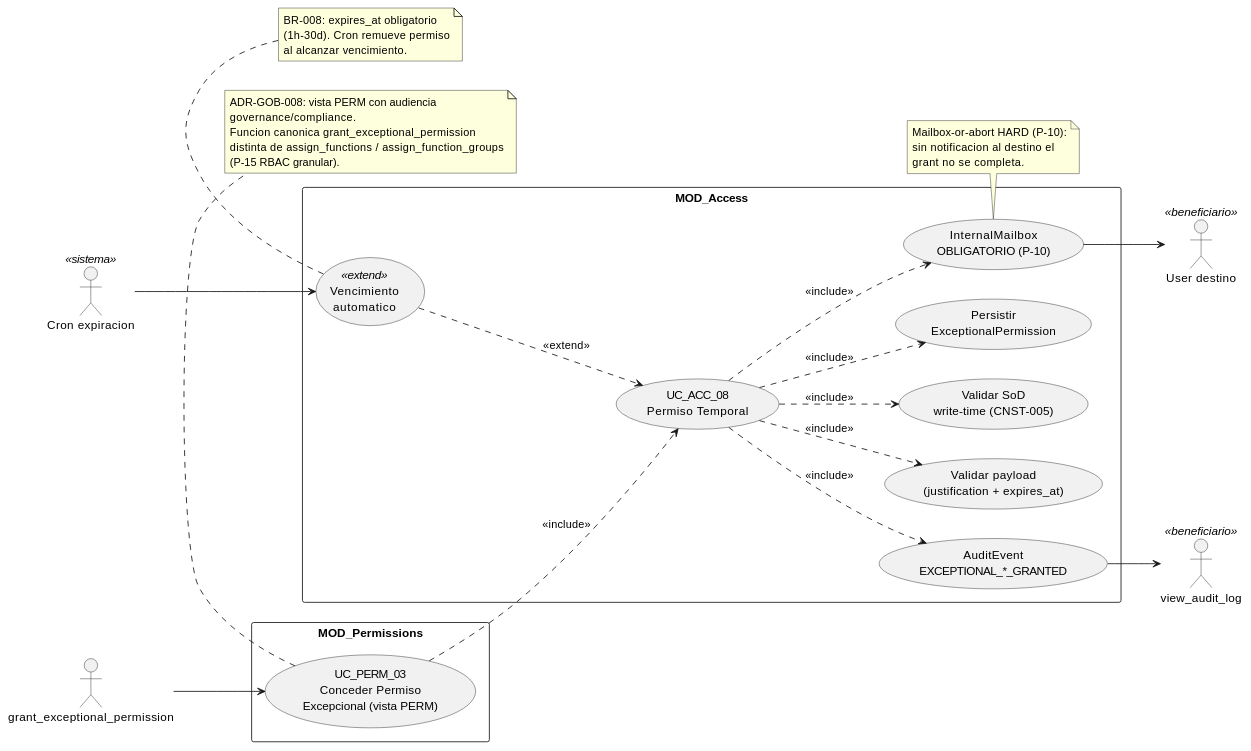
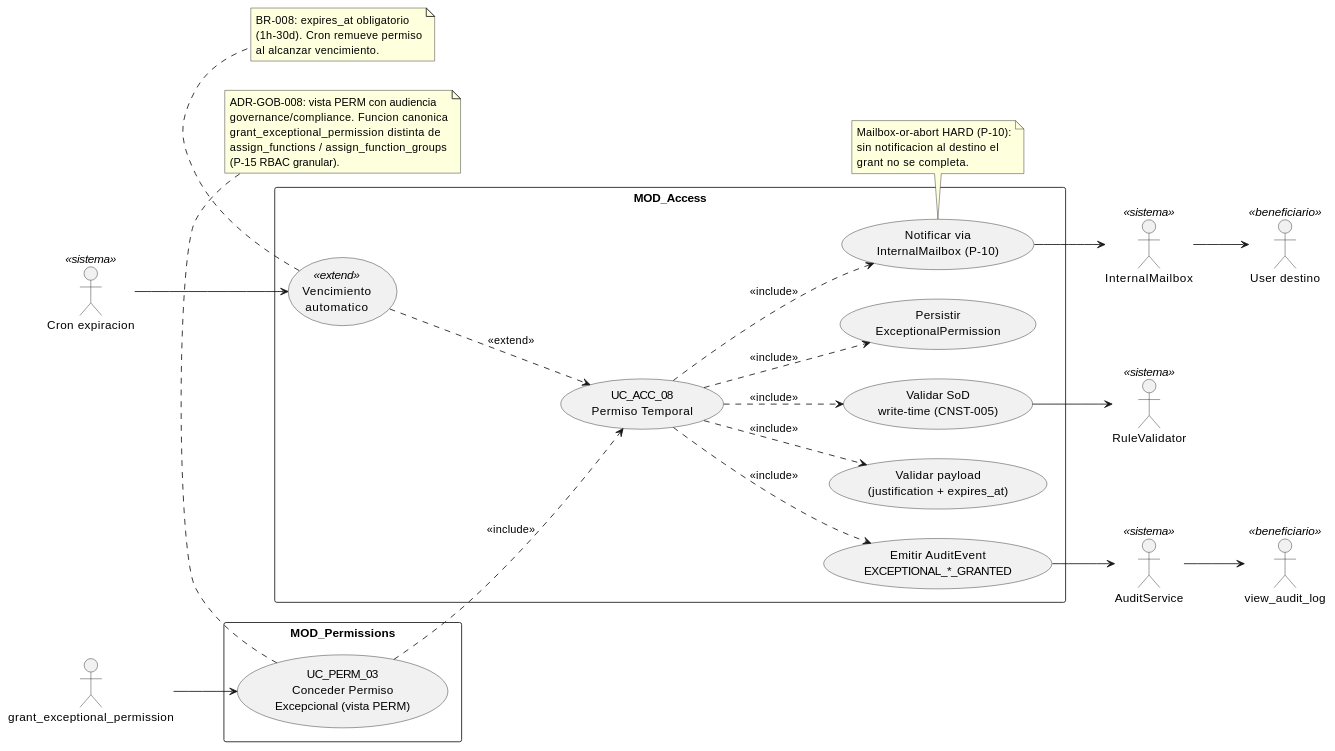
One commit to jcg-admin/IACT-docs changed the diagram in source/requisitos/casos-uso/permissions/uc-perm-03/diagramas-uml/diagrama-de-caso-de-uso.rst. Above: the diagram before and after it, drawn with PlantUML. The commit also changed other lines of this file and 52 other files, not shown here.

```diff
--- a/source/requisitos/casos-uso/permissions/uc-perm-03/diagramas-uml/diagrama-de-caso-de-uso.rst
+++ b/source/requisitos/casos-uso/permissions/uc-perm-03/diagramas-uml/diagrama-de-caso-de-uso.rst
@@ -4,60 +4,66 @@
 .. uml::
  :caption: UC_PERM_03 — vista PERM de UC_ACC_08
 
  @startuml
 
  left to right direction
 
  actor "grant_exceptional_permission" as INVOKER
  actor "User destino" as TARGET <<beneficiario>>
  actor "view_audit_log" as view_audit_log <<beneficiario>>
  actor "Cron expiracion" as CRON <<sistema>>
+ actor "InternalMailbox" as MB <<sistema>>
+ actor "RuleValidator" as RV <<sistema>>
+ actor "AuditService" as AS <<sistema>>
 
  rectangle "MOD_Permissions" {
    usecase "UC_PERM_03\nConceder Permiso\nExcepcional (vista PERM)" as UC_PERM_03
  }
 
  rectangle "MOD_Access" {
    usecase "UC_ACC_08\nPermiso Temporal" as UC_ACC_08
    usecase "Validar payload\n(justification + expires_at)" as VALIDAR_PAYLOAD
    usecase "Validar SoD\nwrite-time (CNST-005)" as VALIDAR_SOD
    usecase "Persistir\nExceptionalPermission" as PERSISTIR
-   usecase "InternalMailbox\nOBLIGATORIO (P-10)" as MAILBOX
-   usecase "AuditEvent\nEXCEPTIONAL_*_GRANTED" as AUDIT
+   usecase "Notificar via\nInternalMailbox (P-10)" as MAILBOX
+   usecase "Emitir AuditEvent\nEXCEPTIONAL_*_GRANTED" as AUDIT
    usecase "Vencimiento\nautomatico" as EXPIRY <<extend>>
  }
 
  INVOKER --> UC_PERM_03
  UC_PERM_03 ..> UC_ACC_08 : <<include>>
  UC_ACC_08 ..> VALIDAR_PAYLOAD : <<include>>
  UC_ACC_08 ..> VALIDAR_SOD : <<include>>
  UC_ACC_08 ..> PERSISTIR : <<include>>
  UC_ACC_08 ..> MAILBOX : <<include>>
  UC_ACC_08 ..> AUDIT : <<include>>
  EXPIRY ..> UC_ACC_08 : <<extend>>
 
- MAILBOX --> TARGET
- AUDIT --> view_audit_log
+ VALIDAR_SOD --> RV
+ MAILBOX --> MB
+ MB --> TARGET
+ AUDIT --> AS
+ AS --> view_audit_log
  CRON --> EXPIRY
 
  note bottom of UC_PERM_03
    ADR-GOB-008: vista PERM con audiencia
-   governance/compliance.
-   Funcion canonica grant_exceptional_permission
-   distinta de assign_functions / assign_function_groups
+   governance/compliance. Funcion canonica
+   grant_exceptional_permission distinta de
+   assign_functions / assign_function_groups
    (P-15 RBAC granular).
  end note
 
  note bottom of MAILBOX
    Mailbox-or-abort HARD (P-10):
    sin notificacion al destino el
    grant no se completa.
  end note
 
  note bottom of EXPIRY
    BR-008: expires_at obligatorio
    (1h-30d). Cron remueve permiso
    al alcanzar vencimiento.
  end note
 
  @enduml
```
